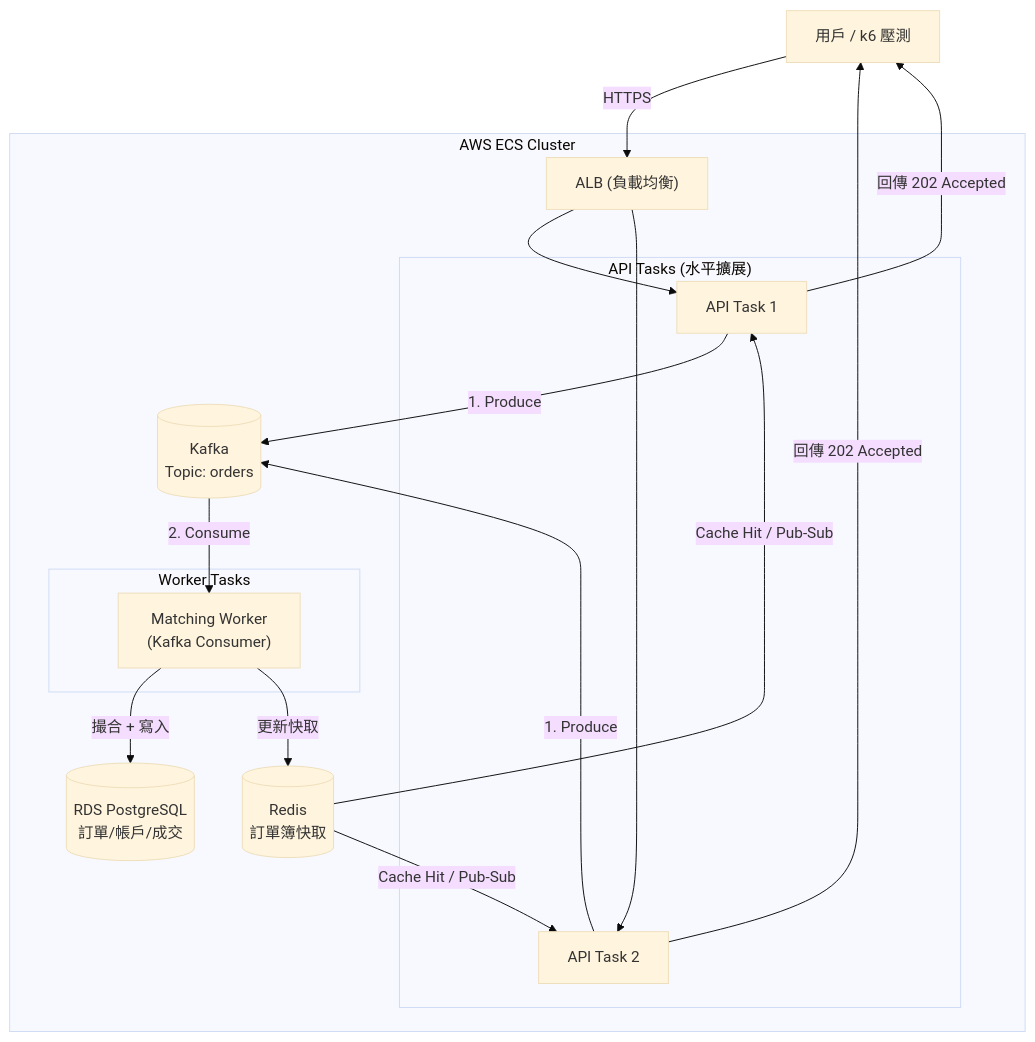
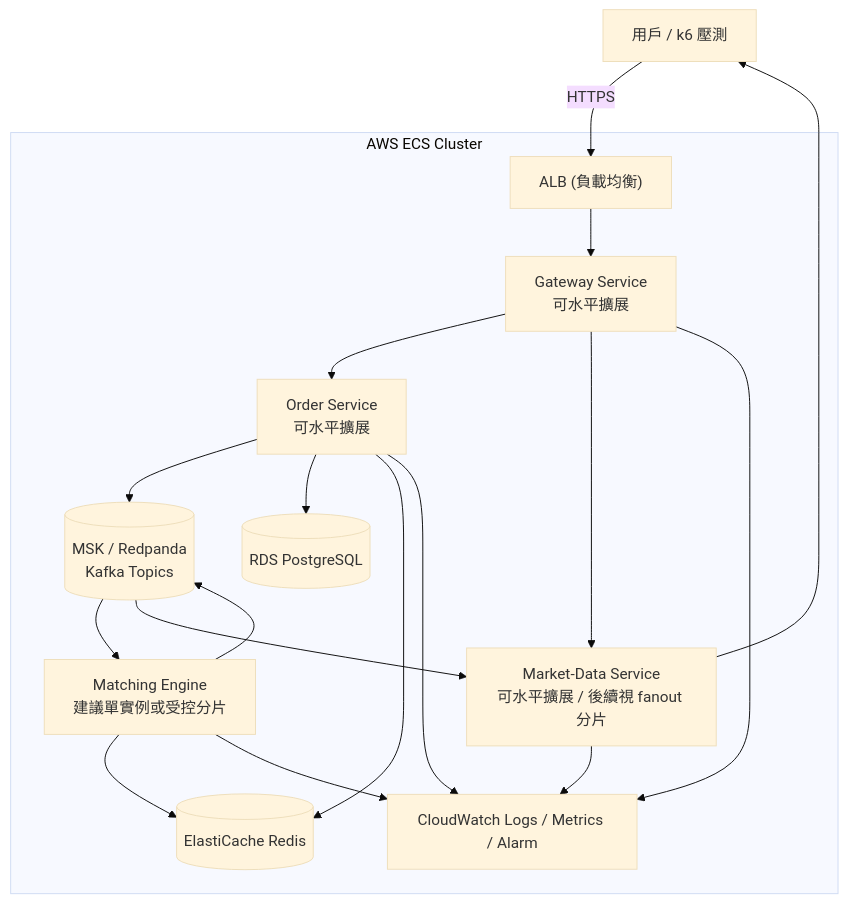
One commit to RayLiu1999/cyptocurrency-exchange-backend changed the second of 3 diagrams in docs/architecture/ARCHITECTURE.md. Above: the diagram before and after it, drawn with Mermaid (base theme). The commit also changed other lines of this file, not shown here.

Commit message:
feat: update architecture document to reflect current state of microservices MVP and next steps for ECS deployment and reliability enhancements

````diff
--- a/docs/architecture/ARCHITECTURE.md
+++ b/docs/architecture/ARCHITECTURE.md
@@ -113,32 +187,36 @@
 ```mermaid
 graph TD
     CLIENT["用戶 / k6 壓測"]
 
     subgraph "AWS ECS Cluster"
         ALB["ALB (負載均衡)"]
 
-        subgraph "API Tasks (水平擴展)"
-            API1["API Task 1"]
-            API2["API Task 2"]
-        end
+        GW["Gateway Service\n可水平擴展"]
+        OS["Order Service\n可水平擴展"]
+        ME["Matching Engine\n建議單實例或受控分片"]
+        MD["Market-Data Service\n可水平擴展 / 後續視 fanout 分片"]
 
-        subgraph "Worker Tasks"
-            WORKER["Matching Worker\n(Kafka Consumer)"]
-        end
-
-        KAFKA[("Kafka\nTopic: orders")]
-        REDIS[("Redis\n訂單簿快取")]
-        PG[("RDS PostgreSQL\n訂單/帳戶/成交")]
+        KAFKA[("MSK / Redpanda\nKafka Topics")]
+        REDIS[("ElastiCache Redis")]
+        PG[("RDS PostgreSQL")]
+        CW["CloudWatch Logs / Metrics / Alarm"]
     end
 
     CLIENT -->|HTTPS| ALB
-    ALB --> API1 & API2
+    ALB --> GW
+    GW --> OS
+    GW --> MD
 
-    API1 & API2 -->|1. Produce| KAFKA
-    API1 & API2 -->|回傳 202 Accepted| CLIENT
+    OS --> KAFKA
+    OS --> PG
+    OS --> REDIS
 
-    KAFKA -->|2. Consume| WORKER
-    WORKER -->|撮合 + 寫入| PG
-    WORKER -->|更新快取| REDIS
-    REDIS -->|Cache Hit / Pub-Sub| API1 & API2
+    KAFKA --> ME
+    ME --> KAFKA
+    ME --> REDIS
+
+    KAFKA --> MD
+    MD --> CLIENT
+
+    GW & OS & ME & MD --> CW
 ```
````
